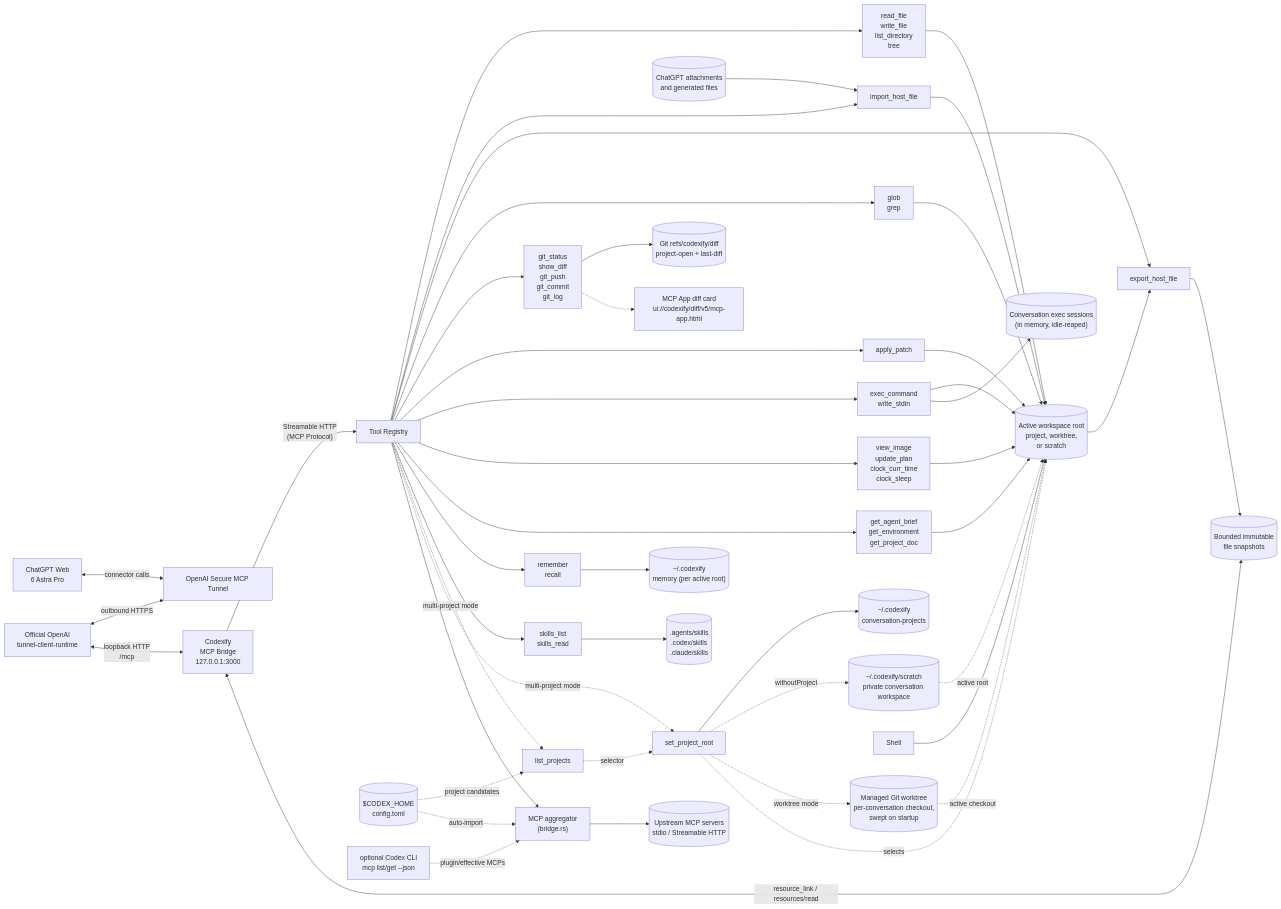
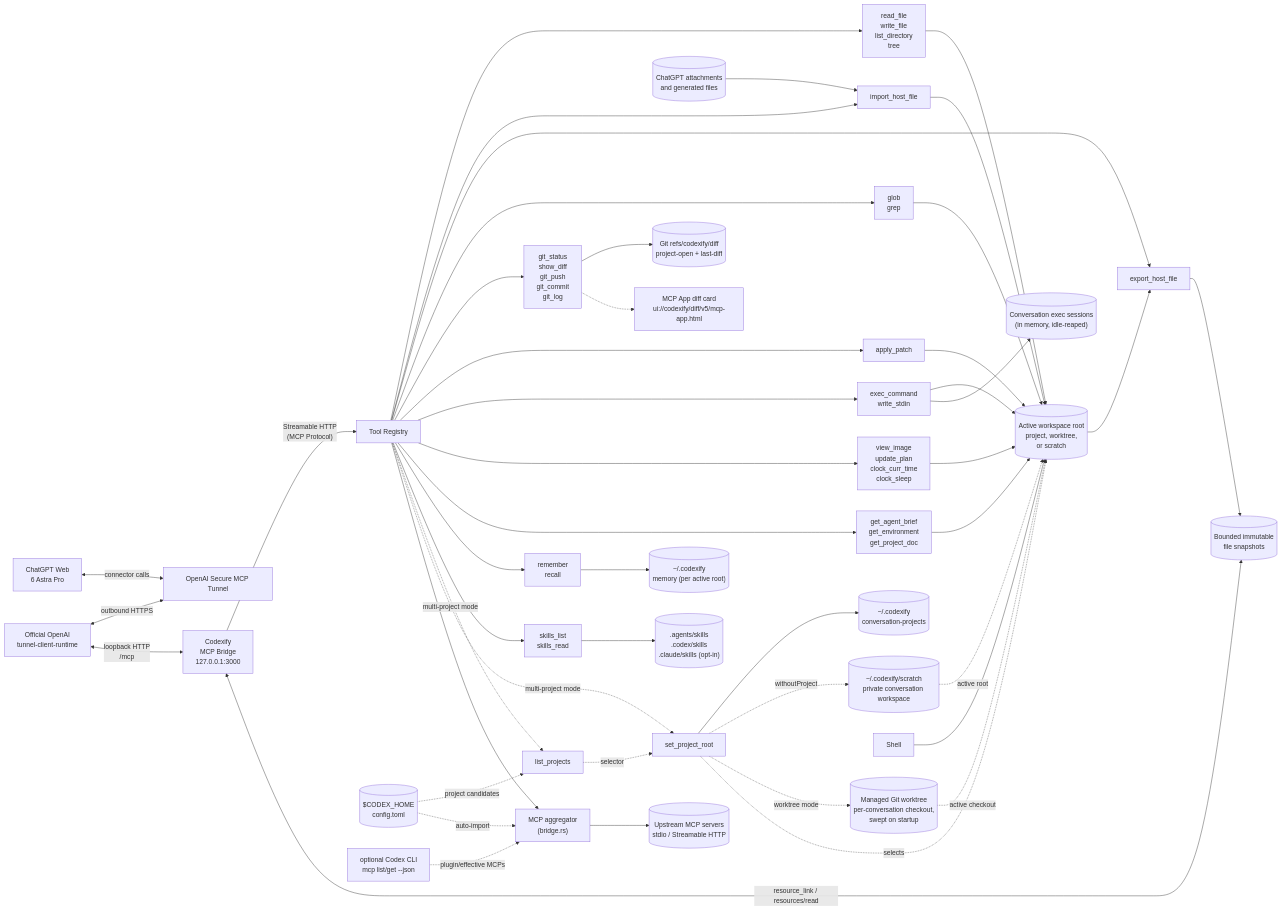
Before and after one commit to thesunwave/codexify: the diagram in docs/REFERENCE.md, drawn with Mermaid. The commit also changed other lines of this file and 21 other files, not shown here.

```diff
--- a/docs/REFERENCE.md
+++ b/docs/REFERENCE.md
@@ -53,7 +53,7 @@
     ExecSessions[("Conversation exec sessions\n(in memory, idle-reaped)")]
     DiffRefs[("Git refs/codexify/diff\nproject-open + last-diff")]
     DiffUI["MCP App diff card\nui://codexify/diff/v5/mcp-app.html"]
-    SkillDirs[(".agents/skills\n.codex/skills\n.claude/skills")]
+    SkillDirs[(".agents/skills\n.codex/skills\n.claude/skills (opt-in)")]
     CodexCfg[("$CODEX_HOME\nconfig.toml")]
     CodexCli["optional Codex CLI\nmcp list/get --json"]
     Upstream[("Upstream MCP servers\nstdio / Streamable HTTP")]
```
